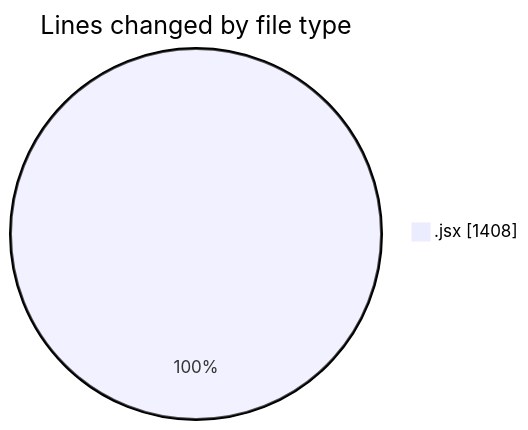
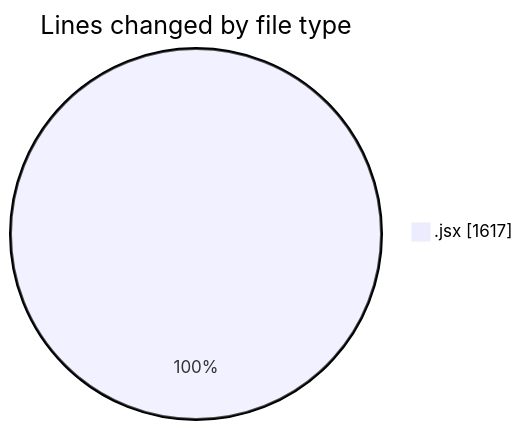
Before and after one commit to nxtqubesakshisongat/code-tracking: the first of 2 diagrams in 2025-06-04/nxtqube_webapp/README.md, drawn with Mermaid. The commit also changed other lines of this file and 1 other file, not shown here.

````diff
--- a/2025-06-04/nxtqube_webapp/README.md
+++ b/2025-06-04/nxtqube_webapp/README.md
@@ -21,5 +21,5 @@
 ```mermaid
 pie showData
 title Lines changed by file type
-".jsx" : 1408
+".jsx" : 1617
 ```
````
